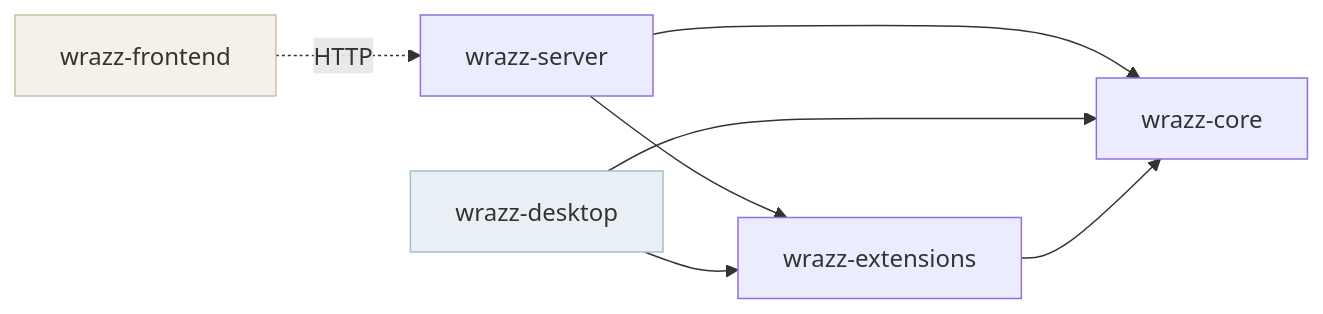
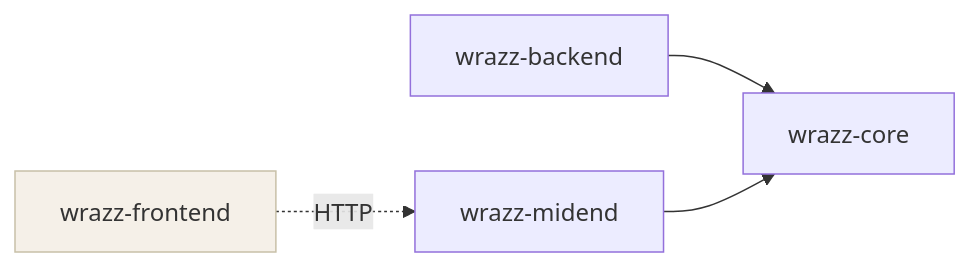
Before and after one commit to gsfraley/wrazz: the first of 2 diagrams in DESIGN.md, drawn with Mermaid. The commit also changed other lines of this file, not shown here.

First line of the commit message:
docs: rewrite DESIGN.md to reflect simplified three-layer architecture

````diff
--- a/DESIGN.md
+++ b/DESIGN.md
@@ -80,12 +88,8 @@
 ```mermaid
 graph LR
-    Server["wrazz-server"] --> Core["wrazz-core"]
-    Server --> Extensions["wrazz-extensions"]
-    Desktop["wrazz-desktop"] --> Core
-    Desktop --> Extensions
-    Extensions --> Core
-    Frontend["wrazz-frontend"] -.->|HTTP| Server
+    Backend["wrazz-backend"] --> Core["wrazz-core"]
+    Midend["wrazz-midend"] --> Core
+    Frontend["wrazz-frontend"] -.->|HTTP| Midend
 
     style Frontend fill:#f5f0e8,stroke:#c8c0a8
-    style Desktop fill:#e8f0f5,stroke:#a8c0c8
 ```
````
